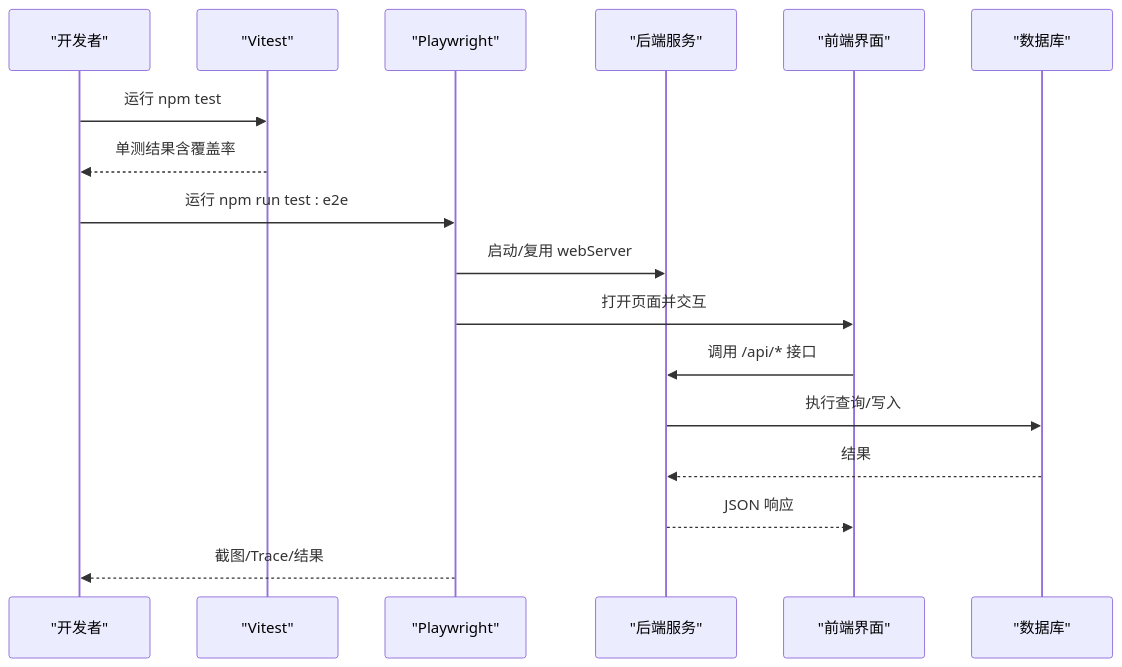
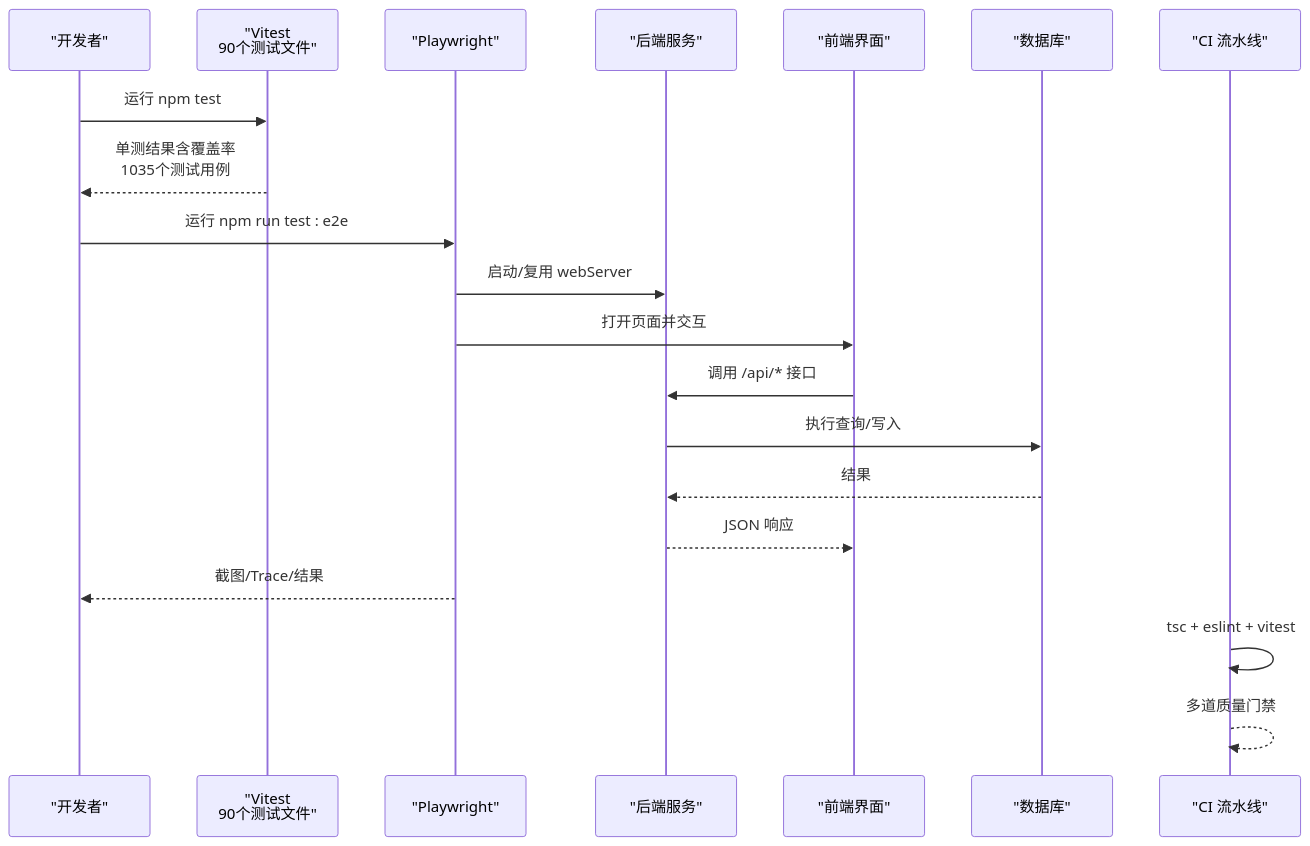
Before and after one commit to dgjin/smart-data-analytics: the second of 6 diagrams in .qoder/repowiki/zh/content/开发指南/测试策略与实践.md, drawn with Mermaid. The commit also changed other lines of this file and 100 other files, not shown here.

````diff
--- a/.qoder/repowiki/zh/content/开发指南/测试策略与实践.md
+++ b/.qoder/repowiki/zh/content/开发指南/测试策略与实践.md
@@ -87,19 +107,22 @@
 ```mermaid
 sequenceDiagram
 participant Dev as "开发者"
-participant VT as "Vitest"
+participant VT as "Vitest<br/>90个测试文件"
 participant PW as "Playwright"
 participant Srv as "后端服务"
 participant UI as "前端界面"
 participant DB as "数据库"
+participant CI as "CI 流水线"
 Dev->>VT : 运行 npm test
-VT-->>Dev : 单测结果含覆盖率
+VT-->>Dev : 单测结果含覆盖率<br/>1035个测试用例
 Dev->>PW : 运行 npm run test : e2e
 PW->>Srv : 启动/复用 webServer
 PW->>UI : 打开页面并交互
 UI->>Srv : 调用 /api/* 接口
 Srv->>DB : 执行查询/写入
 DB-->>Srv : 结果
 Srv-->>UI : JSON 响应
 PW-->>Dev : 截图/Trace/结果
+CI->>CI : tsc + eslint + vitest
+CI-->>CI : 多道质量门禁
 ```
````
